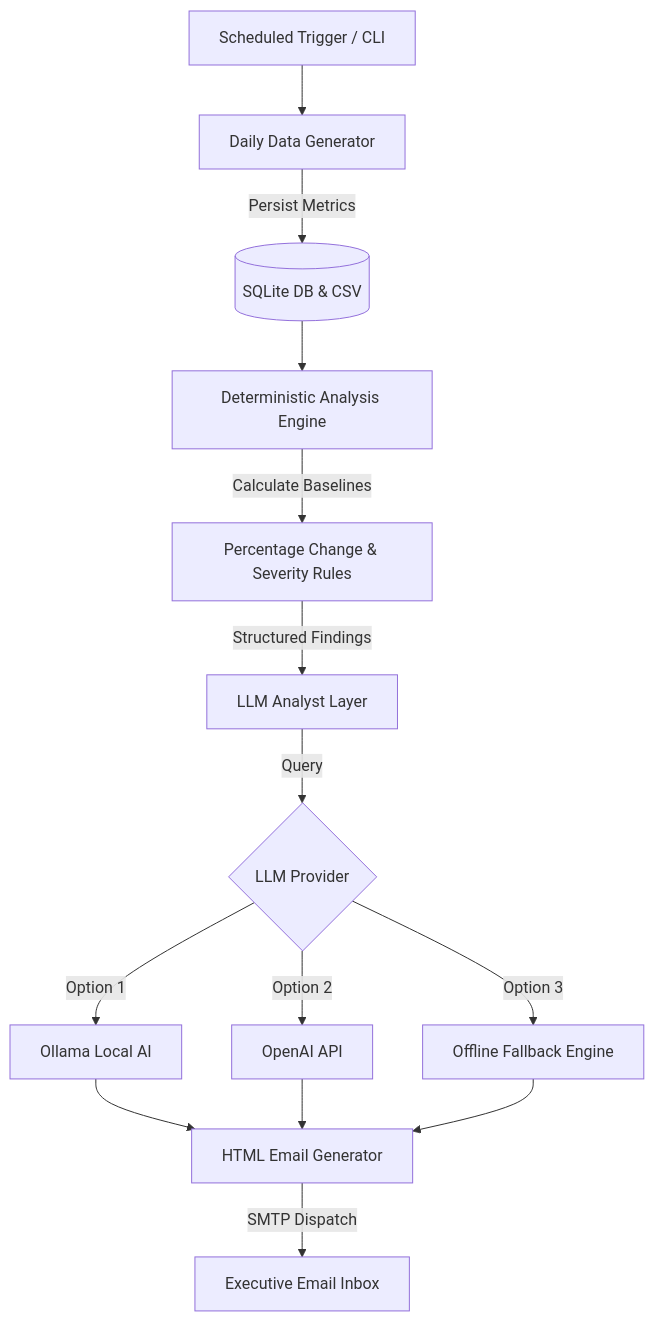
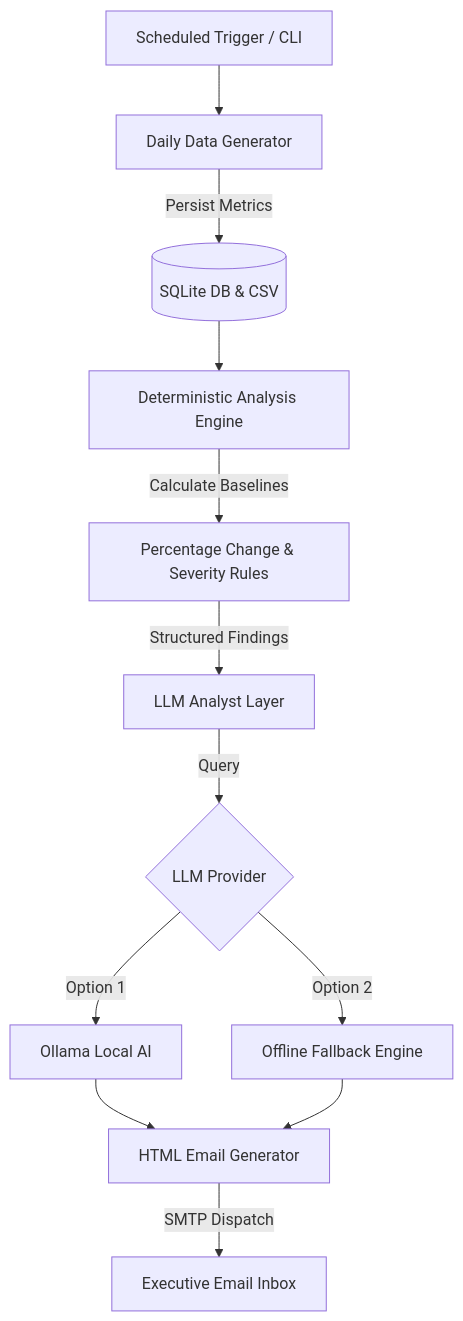
The diagram in README.md (DhawalDeshmukh72/Business_Analyzer), drawn with Mermaid before and after one commit. The commit also changed other lines of this file and 6 other files, not shown here.

````diff
--- a/README.md
+++ b/README.md
@@ -47,16 +47,14 @@
 ```mermaid
 flowchart TD
     A[Scheduled Trigger / CLI] --> B[Daily Data Generator]
     B -->|Persist Metrics| C[(SQLite DB & CSV)]
     C --> D[Deterministic Analysis Engine]
     D -->|Calculate Baselines| E[Percentage Change & Severity Rules]
     E -->|Structured Findings| F[LLM Analyst Layer]
     F -->|Query| G{LLM Provider}
     G -->|Option 1| H[Ollama Local AI]
-    G -->|Option 2| I[OpenAI API]
-    G -->|Option 3| J[Offline Fallback Engine]
+    G -->|Option 2| J[Offline Fallback Engine]
     H --> K[HTML Email Generator]
-    I --> K
     J --> K
     K -->|SMTP Dispatch| L[Executive Email Inbox]
 ```
````
